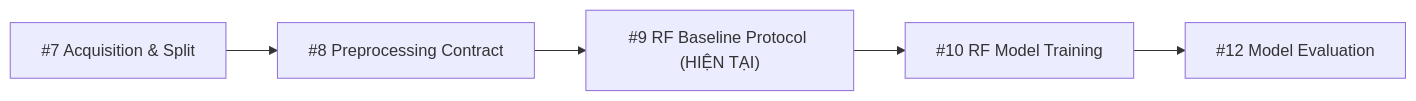
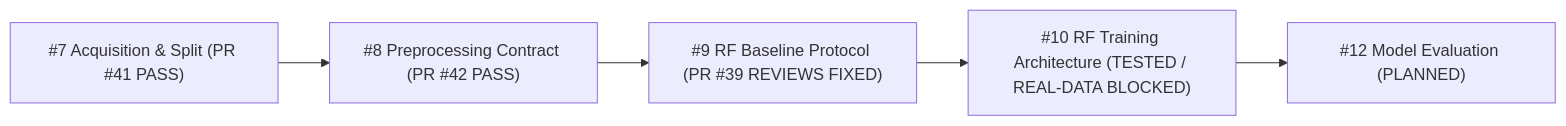
Before and after one commit to doctor-cato/AI-NETWORK-ANOMALY-DETECTION-TRACEABILITY-MAIN: the diagram in docs/RF_BASELINE_PROTOCOL.md, drawn with Mermaid. The commit also changed other lines of this file and 11 other files, not shown here.

First line of the commit message:
fix(metrics): correct attack category detection logic, add RF training architecture and fail-closed entrypoint

````diff
--- a/docs/RF_BASELINE_PROTOCOL.md
+++ b/docs/RF_BASELINE_PROTOCOL.md
@@ -244,7 +244,7 @@
 ```mermaid
 flowchart LR
-    I7["#7 Acquisition & Split"] --> I8["#8 Preprocessing Contract"]
-    I8 --> I9["#9 RF Baseline Protocol (HIỆN TẠI)"]
-    I9 --> I10["#10 RF Model Training"]
-    I10 --> I12["#12 Model Evaluation"]
+    I7["#7 Acquisition & Split (PR #41 PASS)"] --> I8["#8 Preprocessing Contract (PR #42 PASS)"]
+    I8 --> I9["#9 RF Baseline Protocol (PR #39 REVIEWS FIXED)"]
+    I9 --> I10["#10 RF Training Architecture (TESTED / REAL-DATA BLOCKED)"]
+    I10 --> I12["#12 Model Evaluation (PLANNED)"]
 ```
````
